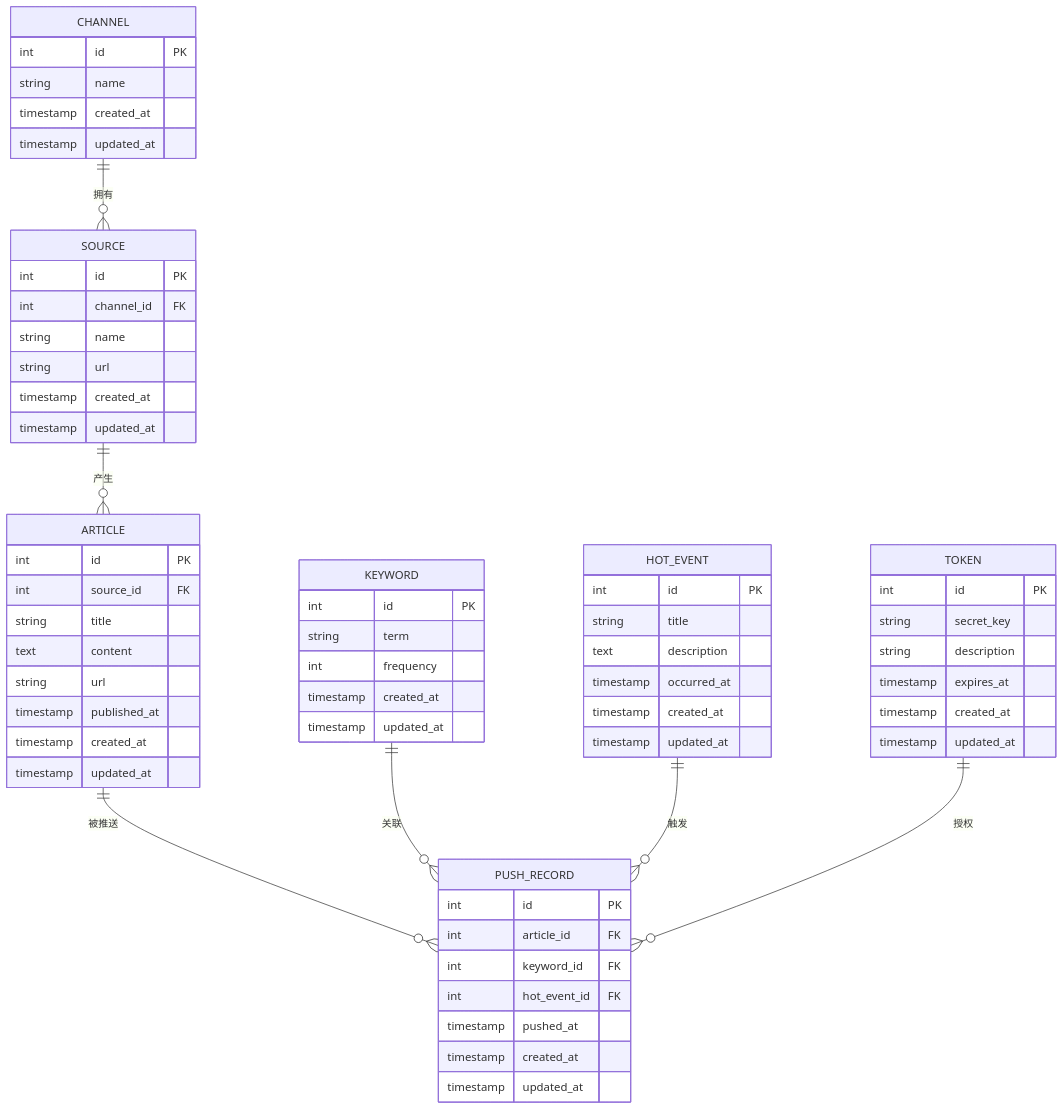
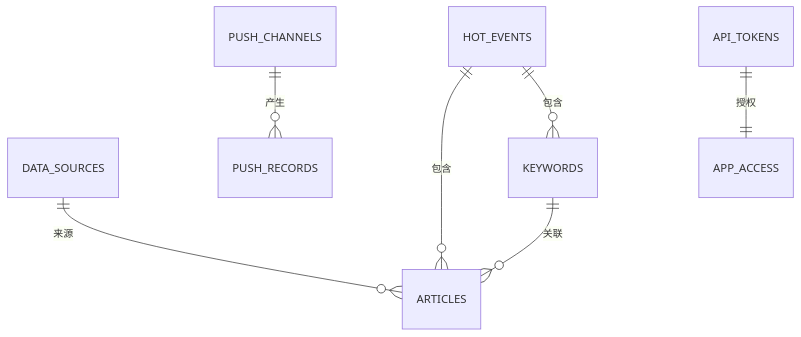
The third of 4 diagrams in .qoder/repowiki/zh/content/数据库设计/数据库设计.md (leimu-hue/AI-Trend-Tool), drawn with Mermaid before and after one commit. The commit also changed other lines of this file and 162 other files, not shown here.

````diff
--- a/.qoder/repowiki/zh/content/数据库设计/数据库设计.md
+++ b/.qoder/repowiki/zh/content/数据库设计/数据库设计.md
@@ -160,65 +198,9 @@
 ```mermaid
 erDiagram
-CHANNEL {
-int id PK
-string name
-timestamp created_at
-timestamp updated_at
-}
-SOURCE {
-int id PK
-int channel_id FK
-string name
-string url
-timestamp created_at
-timestamp updated_at
-}
-ARTICLE {
-int id PK
-int source_id FK
-string title
-text content
-string url
-timestamp published_at
-timestamp created_at
-timestamp updated_at
-}
-KEYWORD {
-int id PK
-string term
-int frequency
-timestamp created_at
-timestamp updated_at
-}
-HOT_EVENT {
-int id PK
-string title
-text description
-timestamp occurred_at
-timestamp created_at
-timestamp updated_at
-}
-PUSH_RECORD {
-int id PK
-int article_id FK
-int keyword_id FK
-int hot_event_id FK
-timestamp pushed_at
-timestamp created_at
-timestamp updated_at
-}
-TOKEN {
-int id PK
-string secret_key
-string description
-timestamp expires_at
-timestamp created_at
-timestamp updated_at
-}
-CHANNEL ||--o{ SOURCE : "拥有"
-SOURCE ||--o{ ARTICLE : "产生"
-ARTICLE ||--o{ PUSH_RECORD : "被推送"
-KEYWORD ||--o{ PUSH_RECORD : "关联"
-HOT_EVENT ||--o{ PUSH_RECORD : "触发"
-TOKEN ||--o{ PUSH_RECORD : "授权"
+DATA_SOURCES ||--o{ ARTICLES : "来源"
+KEYWORDS ||--o{ ARTICLES : "关联"
+HOT_EVENTS ||--o{ ARTICLES : "包含"
+HOT_EVENTS ||--o{ KEYWORDS : "包含"
+PUSH_CHANNELS ||--o{ PUSH_RECORDS : "产生"
+API_TOKENS ||--|| APP_ACCESS : "授权"
 ```
````
